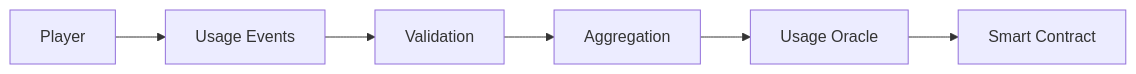
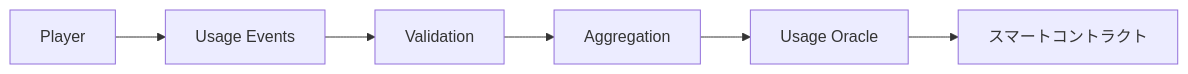
Before and after one commit to ShigeichiroYamasaki/creator-first-platform: the seventh of 43 diagrams in docs/whitepaper/09-technology.md, drawn with Mermaid. The commit also changed other lines of this file and 67 other files, not shown here.

````diff
--- a/docs/whitepaper/09-technology.md
+++ b/docs/whitepaper/09-technology.md
@@ -300,11 +300,11 @@
 ```mermaid
 flowchart LR
     PLAYER[Player]
     EVENTS[Usage Events]
     VERIFY[Validation]
     AGG[Aggregation]
     ORACLE[Usage Oracle]
-    CONTRACT[Smart Contract]
+    CONTRACT[スマートコントラクト]
 
     PLAYER --> EVENTS --> VERIFY --> AGG --> ORACLE --> CONTRACT
 ```
````
